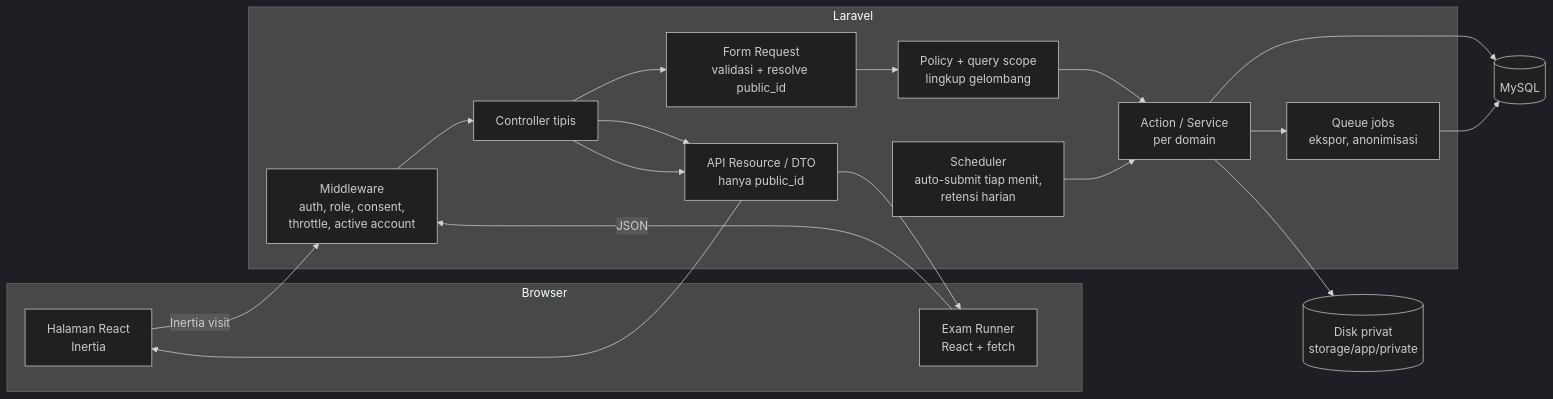
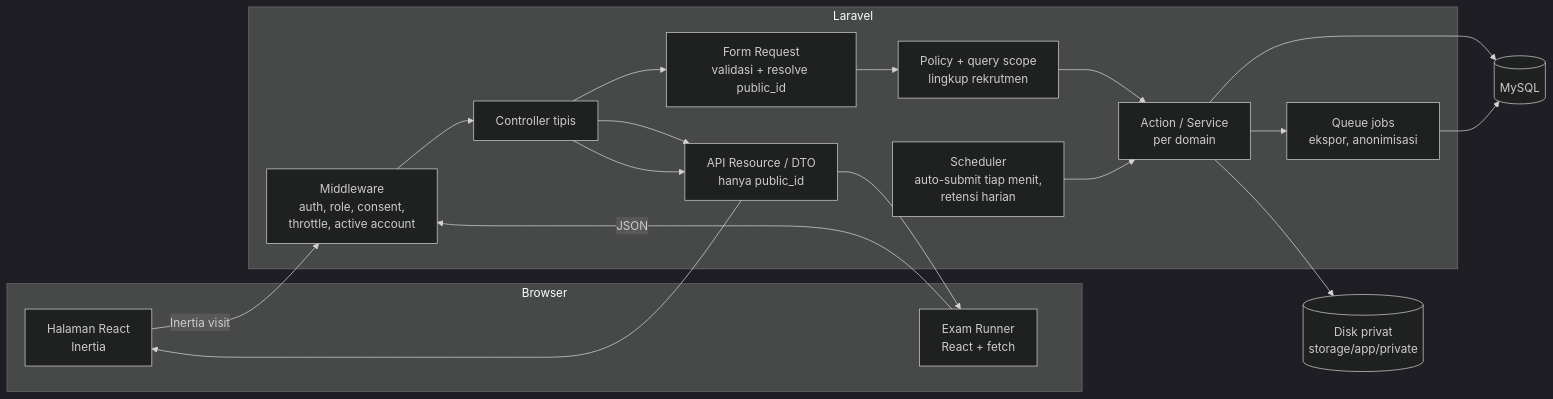
One commit to ilham0108/learning-apps changed the first of 11 diagrams in docs/tahap-1.md. Above: the diagram before and after it, drawn with Mermaid (dark theme). The commit also changed other lines of this file and 161 other files, not shown here.

````diff
--- a/docs/tahap-1.md
+++ b/docs/tahap-1.md
@@ -123,29 +123,29 @@
 ```mermaid
 flowchart LR
     subgraph Browser
         P[Halaman React<br/>Inertia]
         R[Exam Runner<br/>React + fetch]
     end
     subgraph Laravel
         MW[Middleware<br/>auth, role, consent,<br/>throttle, active account]
         C[Controller tipis]
         FR[Form Request<br/>validasi + resolve public_id]
-        PO[Policy + query scope<br/>lingkup gelombang]
+        PO[Policy + query scope<br/>lingkup rekrutmen]
         A[Action / Service<br/>per domain]
         RS[API Resource / DTO<br/>hanya public_id]
         J[Queue jobs<br/>ekspor, anonimisasi]
         S[Scheduler<br/>auto-submit tiap menit,<br/>retensi harian]
     end
     DB[(MySQL)]
     FS[(Disk privat<br/>storage/app/private)]
 
     P -->|Inertia visit| MW
     R -->|JSON| MW
     MW --> C --> FR --> PO --> A
     A --> DB
     A --> FS
     A --> J --> DB
     S --> A
     C --> RS --> P
     C --> RS --> R
 ```
````
